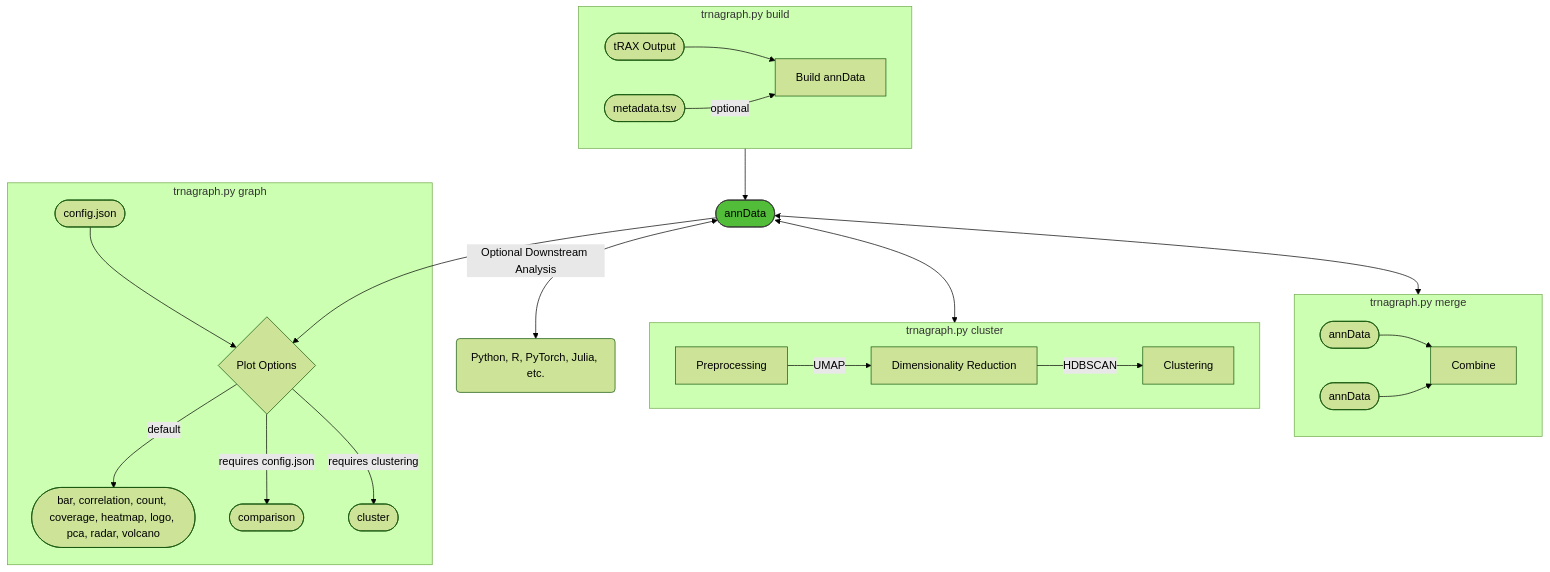
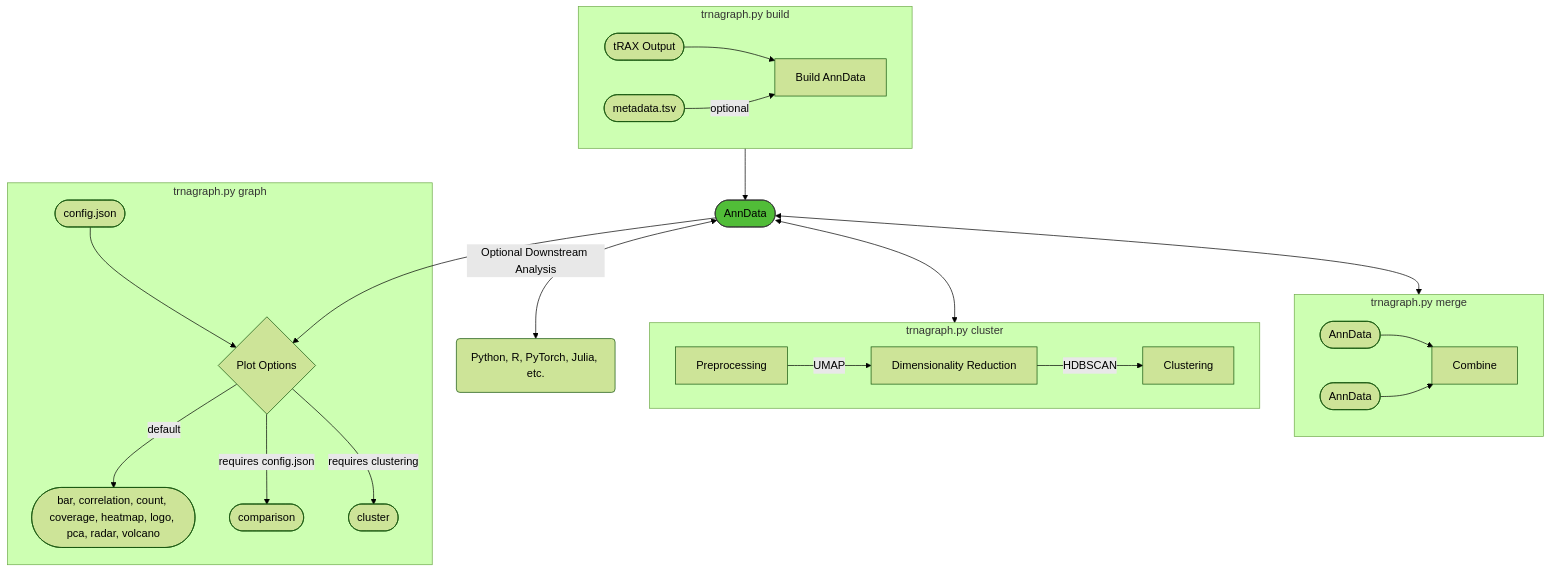
The diagram in README.md (alba1735/tRNAgraph), drawn with Mermaid (forest theme) before and after one commit. The commit also changed other lines of this file and 6 other files, not shown here.

````diff
--- a/README.md
+++ b/README.md
@@ -13,26 +13,26 @@
 ```mermaid
     flowchart TD
       subgraph sg1 [trnagraph.py build]
-        I1([tRAX Output]) --> B[Build annData]
+        I1([tRAX Output]) --> B[Build AnnData]
         M([metadata.tsv]) -->|optional| B
       end
-      sg1 --> I2([annData])
+      sg1 --> I2([AnnData])
       I2 <-->|Optional Downstream Analysis| R(Python, R, PyTorch, Julia, etc.)
       I2 <--> sg3
       subgraph sg3 [trnagraph.py cluster]
         C1[Preprocessing] -->|UMAP| C2[Dimensionality Reduction] -->|HDBSCAN| C3[Clustering] 
       end
       I2 <--> sg4
       subgraph sg4 [trnagraph.py merge]
-        I3([annData]) --> C[Combine]
-        I4([annData]) --> C
+        I3([AnnData]) --> C[Combine]
+        I4([AnnData]) --> C
       end
       I2 --> G{Plot Options}
       subgraph sg2 [trnagraph.py graph]
         G -->|default| G1([bar, correlation, count, coverage, heatmap, logo, pca, radar, volcano])
         G -->|requires config.json| G2([comparison])
         G -->|requires clustering| G3([cluster])
         J([config.json]) --> G 
       end
       style I2 fill:#51BD38,stroke:#333
 ```
````
